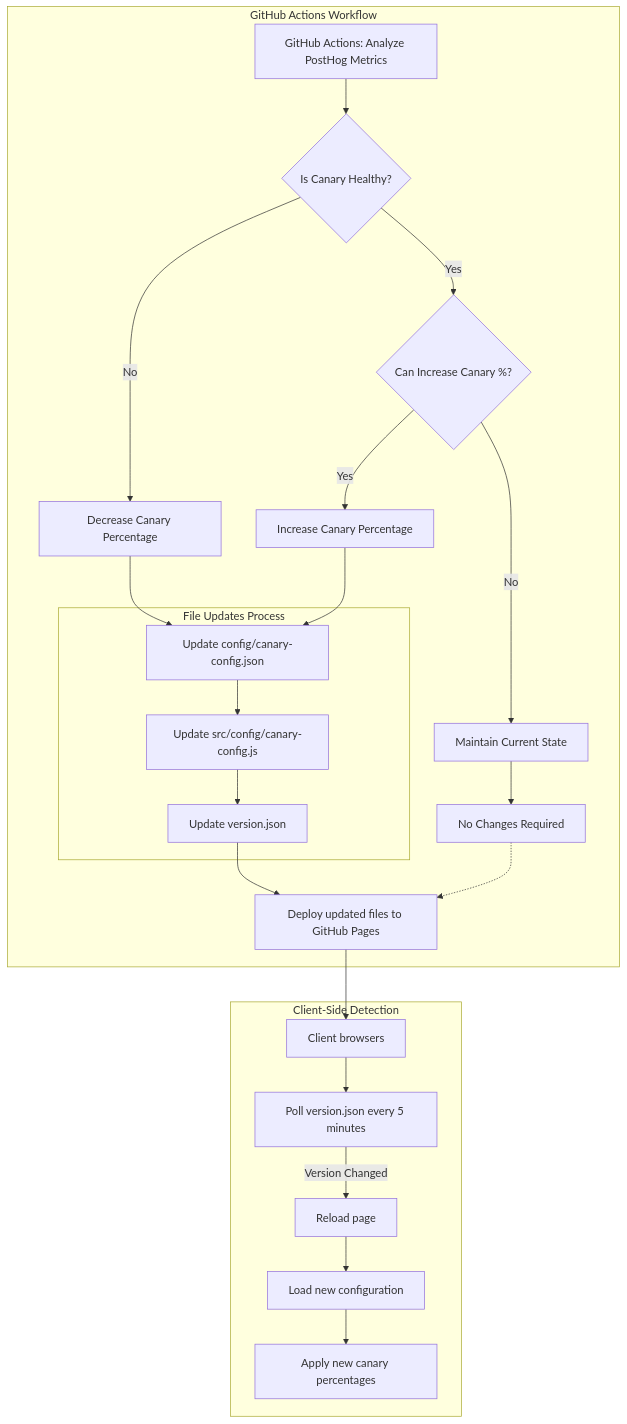
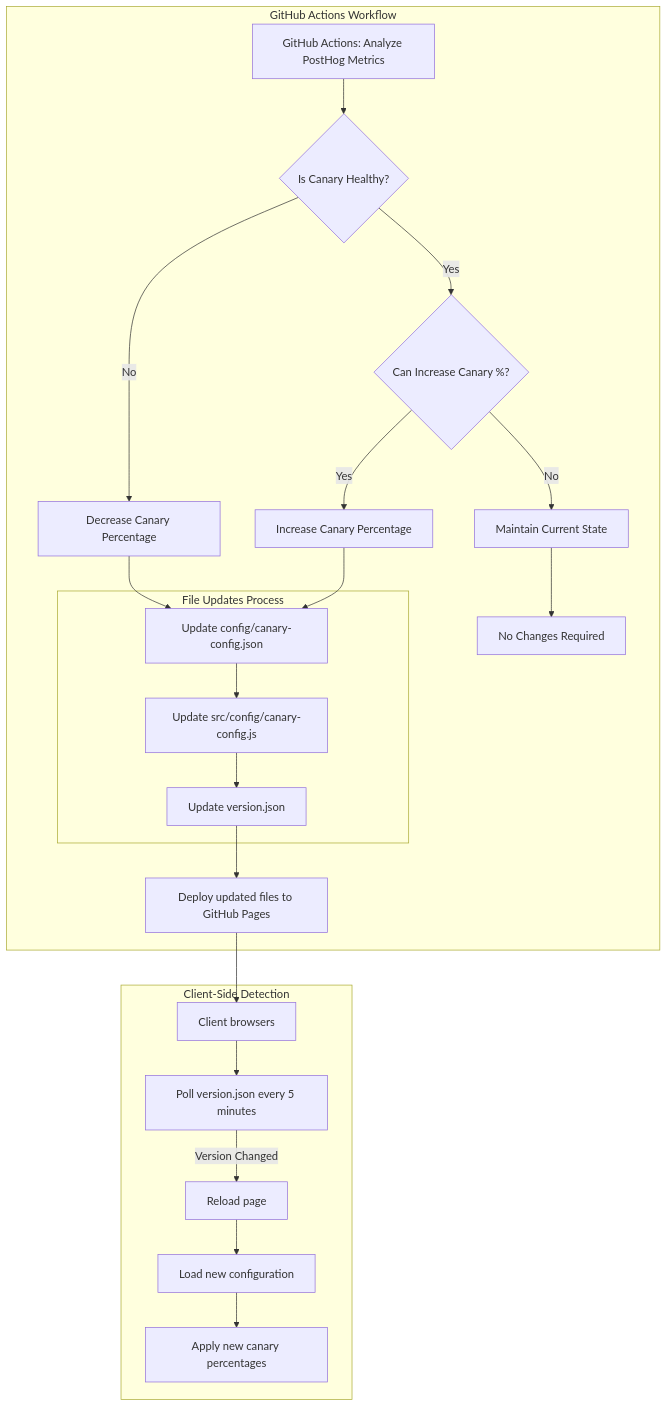
Before and after one commit to lloydchang/client-side-canary-deployment: the second of 3 diagrams in README.md, drawn with Mermaid.

````diff
--- a/README.md
+++ b/README.md
@@ -35,33 +35,31 @@
 ```mermaid
 graph TD
     subgraph "GitHub Actions Workflow"
         L[GitHub Actions: Analyze PostHog Metrics]
         L --> M{Is Canary Healthy?}
         M -->|No| N[Decrease Canary Percentage]
         M -->|Yes| O{Can Increase Canary %?}
         O -->|Yes| P[Increase Canary Percentage]
         O -->|No| Q[Maintain Current State]
         
         N --> F1
         P --> F1
         Q --> Q1[No Changes Required]
         
         subgraph "File Updates Process"
             F1[Update config/canary-config.json]
             F1 --> F2[Update src/config/canary-config.js]
             F2 --> V[Update version.json]
         end
         
         V --> G[Deploy updated files to GitHub Pages]
     end
 
     subgraph "Client-Side Detection"
         G --> CL[Client browsers]
         CL --> CL1[Poll version.json every 5 minutes]
         CL1 -->|Version Changed| CL2[Reload page]
         CL2 --> CL3[Load new configuration]
         CL3 --> CL4[Apply new canary percentages]
-    end
-    
-    Q1 -.-> G
+    end    
 ```
````
